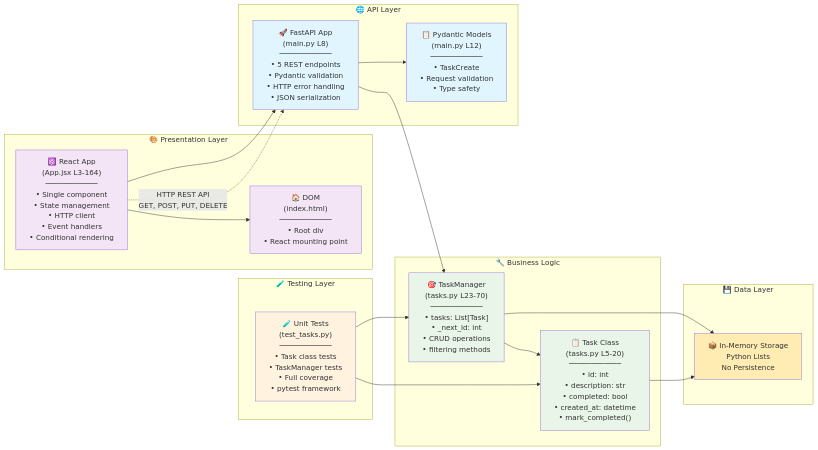
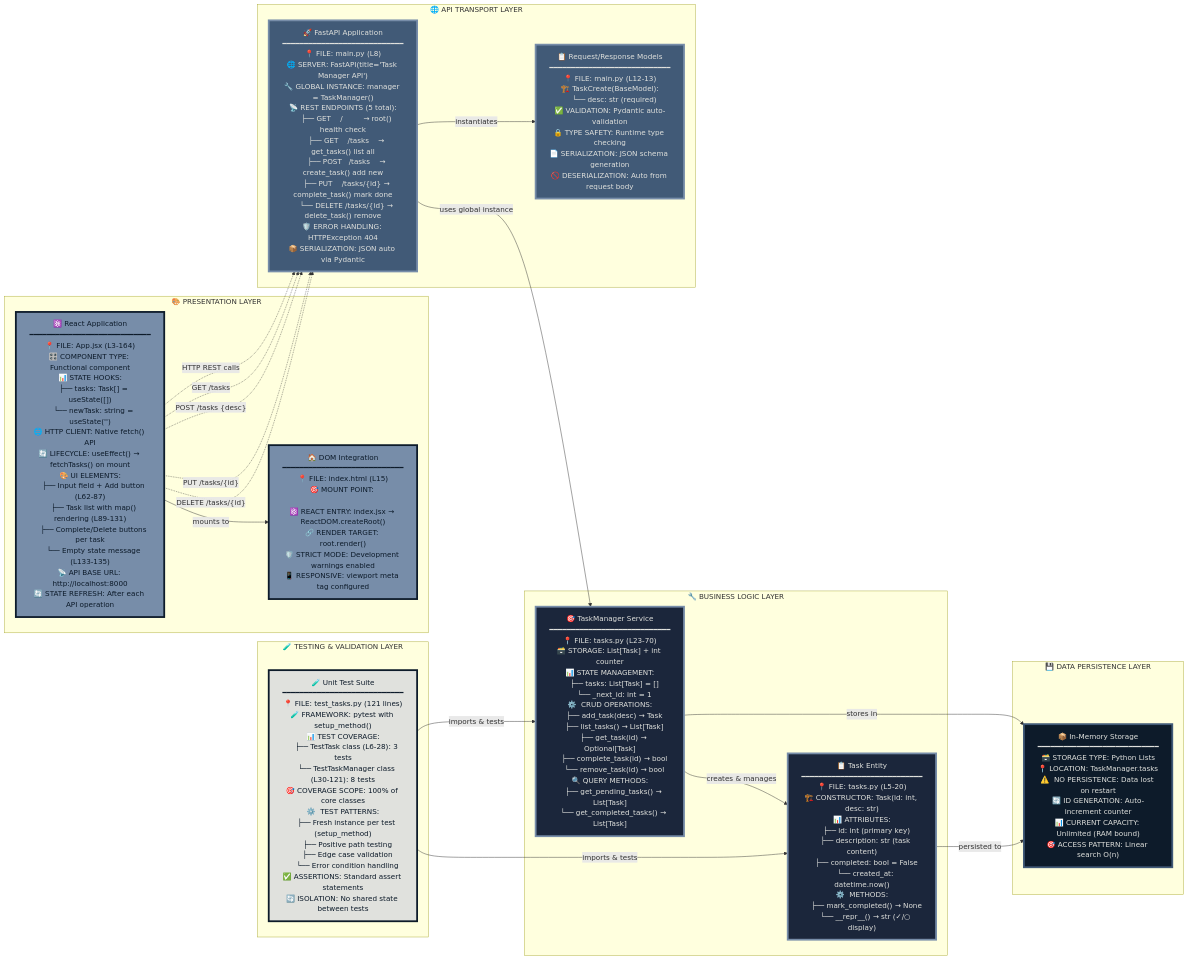
Before and after one commit to GaelReinaudi/cursor_class: the third of 4 diagrams in architecture.md, drawn with Mermaid. The commit also changed other lines of this file, not shown here.

````diff
--- a/architecture.md
+++ b/architecture.md
@@ -131,54 +133,58 @@
 ```mermaid
 graph LR
-    subgraph "💾 Data Layer"
-        MEMORY["📦 In-Memory Storage<br/>Python Lists<br/>No Persistence"]
+    subgraph DATA["💾 DATA PERSISTENCE LAYER"]
+        MEMORY["📦 In-Memory Storage<br/>━━━━━━━━━━━━━━━━━━━━━━━━━━━━<br/>🗃️ STORAGE TYPE: Python Lists<br/>📍 LOCATION: TaskManager.tasks<br/>⚠️  NO PERSISTENCE: Data lost on restart<br/>🔄 ID GENERATION: Auto-increment counter<br/>📊 CURRENT CAPACITY: Unlimited (RAM bound)<br/>🎯 ACCESS PATTERN: Linear search O(n)"]
     end
     
-    subgraph "🔧 Business Logic"
-        TASK_CLS["📋 Task Class<br/>(tasks.py L5-20)<br/>────────────<br/>• id: int<br/>• description: str<br/>• completed: bool<br/>• created_at: datetime<br/>• mark_completed()"]
+    subgraph BUSINESS["🔧 BUSINESS LOGIC LAYER"]
+        TASK_CLS["📋 Task Entity<br/>━━━━━━━━━━━━━━━━━━━━━━━━━━━━<br/>📍 FILE: tasks.py (L5-20)<br/>🏗️ CONSTRUCTOR: Task(id: int, desc: str)<br/>📊 ATTRIBUTES:<br/>    ├── id: int (primary key)<br/>    ├── description: str (task content)<br/>    ├── completed: bool = False<br/>    └── created_at: datetime.now()<br/>⚙️  METHODS:<br/>    ├── mark_completed() → None<br/>    └── __repr__() → str (✓/○ display)"]
         
-        TASK_MGR["🎯 TaskManager<br/>(tasks.py L23-70)<br/>────────────<br/>• tasks: List[Task]<br/>• _next_id: int<br/>• CRUD operations<br/>• filtering methods"]
+        TASK_MGR["🎯 TaskManager Service<br/>━━━━━━━━━━━━━━━━━━━━━━━━━━━━<br/>📍 FILE: tasks.py (L23-70)<br/>🗃️ STORAGE: List[Task] + int counter<br/>📊 STATE MANAGEMENT:<br/>    ├── tasks: List[Task] = []<br/>    └── _next_id: int = 1<br/>⚙️  CRUD OPERATIONS:<br/>    ├── add_task(desc) → Task<br/>    ├── list_tasks() → List[Task]<br/>    ├── get_task(id) → Optional[Task]<br/>    ├── complete_task(id) → bool<br/>    └── remove_task(id) → bool<br/>🔍 QUERY METHODS:<br/>    ├── get_pending_tasks() → List[Task]<br/>    └── get_completed_tasks() → List[Task]"]
     end
     
-    subgraph "🌐 API Layer"
-        FASTAPI["🚀 FastAPI App<br/>(main.py L8)<br/>────────────<br/>• 5 REST endpoints<br/>• Pydantic validation<br/>• HTTP error handling<br/>• JSON serialization"]
+    subgraph API["🌐 API TRANSPORT LAYER"]
+        FASTAPI["🚀 FastAPI Application<br/>━━━━━━━━━━━━━━━━━━━━━━━━━━━━<br/>📍 FILE: main.py (L8)<br/>🌐 SERVER: FastAPI(title='Task Manager API')<br/>🔧 GLOBAL INSTANCE: manager = TaskManager()<br/>📡 REST ENDPOINTS (5 total):<br/>    ├── GET    /         → root() health check<br/>    ├── GET    /tasks    → get_tasks() list all<br/>    ├── POST   /tasks    → create_task() add new<br/>    ├── PUT    /tasks/{id} → complete_task() mark done<br/>    └── DELETE /tasks/{id} → delete_task() remove<br/>🛡️ ERROR HANDLING: HTTPException 404<br/>📦 SERIALIZATION: JSON auto via Pydantic"]
         
-        MODELS["📋 Pydantic Models<br/>(main.py L12)<br/>────────────<br/>• TaskCreate<br/>• Request validation<br/>• Type safety"]
+        MODELS["📋 Request/Response Models<br/>━━━━━━━━━━━━━━━━━━━━━━━━━━━━<br/>📍 FILE: main.py (L12-13)<br/>🏗️ TaskCreate(BaseModel):<br/>    └── desc: str (required)<br/>✅ VALIDATION: Pydantic auto-validation<br/>🔒 TYPE SAFETY: Runtime type checking<br/>📄 SERIALIZATION: JSON schema generation<br/>🚫 DESERIALIZATION: Auto from request body"]
     end
     
-    subgraph "🎨 Presentation Layer"
-        REACT_APP["⚛️ React App<br/>(App.jsx L3-164)<br/>────────────<br/>• Single component<br/>• State management<br/>• HTTP client<br/>• Event handlers<br/>• Conditional rendering"]
+    subgraph PRESENTATION["🎨 PRESENTATION LAYER"]
+        REACT_APP["⚛️ React Application<br/>━━━━━━━━━━━━━━━━━━━━━━━━━━━━<br/>📍 FILE: App.jsx (L3-164)<br/>🎛️ COMPONENT TYPE: Functional component<br/>📊 STATE HOOKS:<br/>    ├── tasks: Task[] = useState([])<br/>    └── newTask: string = useState('')<br/>🌐 HTTP CLIENT: Native fetch() API<br/>🔄 LIFECYCLE: useEffect() → fetchTasks() on mount<br/>🎨 UI ELEMENTS:<br/>    ├── Input field + Add button (L62-87)<br/>    ├── Task list with map() rendering (L89-131)<br/>    ├── Complete/Delete buttons per task<br/>    └── Empty state message (L133-135)<br/>📡 API BASE URL: http://localhost:8000<br/>🔄 STATE REFRESH: After each API operation"]
         
-        DOM["🏠 DOM<br/>(index.html)<br/>────────────<br/>• Root div<br/>• React mounting point"]
+        DOM["🏠 DOM Integration<br/>━━━━━━━━━━━━━━━━━━━━━━━━━━━━<br/>📍 FILE: index.html (L15)<br/>🎯 MOUNT POINT: <div id='root'></div><br/>⚛️ REACT ENTRY: index.jsx → ReactDOM.createRoot()<br/>🔗 RENDER TARGET: root.render(<App />)<br/>🛡️ STRICT MODE: Development warnings enabled<br/>📱 RESPONSIVE: viewport meta tag configured"]
     end
     
-    subgraph "🧪 Testing Layer"
-        UNIT_TESTS["🧪 Unit Tests<br/>(test_tasks.py)<br/>────────────<br/>• Task class tests<br/>• TaskManager tests<br/>• Full coverage<br/>• pytest framework"]
+    subgraph TESTING["🧪 TESTING & VALIDATION LAYER"]
+        UNIT_TESTS["🧪 Unit Test Suite<br/>━━━━━━━━━━━━━━━━━━━━━━━━━━━━<br/>📍 FILE: test_tasks.py (121 lines)<br/>🧪 FRAMEWORK: pytest with setup_method()<br/>📊 TEST COVERAGE:<br/>    ├── TestTask class (L6-28): 3 tests<br/>    └── TestTaskManager class (L30-121): 8 tests<br/>🎯 COVERAGE SCOPE: 100% of core classes<br/>⚙️  TEST PATTERNS:<br/>    ├── Fresh instance per test (setup_method)<br/>    ├── Positive path testing<br/>    ├── Edge case validation<br/>    └── Error condition handling<br/>✅ ASSERTIONS: Standard assert statements<br/>🔄 ISOLATION: No shared state between tests"]
     end
     
-    %% Dependencies
-    REACT_APP --> FASTAPI
-    FASTAPI --> MODELS
-    FASTAPI --> TASK_MGR
-    TASK_MGR --> TASK_CLS
-    TASK_MGR --> MEMORY
-    TASK_CLS --> MEMORY
-    REACT_APP --> DOM
-    UNIT_TESTS --> TASK_CLS
-    UNIT_TESTS --> TASK_MGR
+    %% Detailed Dependencies with labels
+    REACT_APP -.->|"HTTP REST calls"| FASTAPI
+    FASTAPI -->|"instantiates"| MODELS
+    FASTAPI -->|"uses global instance"| TASK_MGR
+    TASK_MGR -->|"creates & manages"| TASK_CLS
+    TASK_MGR -->|"stores in"| MEMORY
+    TASK_CLS -->|"persisted to"| MEMORY
+    REACT_APP -->|"mounts to"| DOM
+    UNIT_TESTS -->|"imports & tests"| TASK_CLS
+    UNIT_TESTS -->|"imports & tests"| TASK_MGR
     
-    %% HTTP Communication
-    REACT_APP -.->|"HTTP REST API<br/>GET, POST, PUT, DELETE"| FASTAPI
+    %% HTTP Communication Flow
+    REACT_APP -.->|"GET /tasks"| FASTAPI
+    REACT_APP -.->|"POST /tasks {desc}"| FASTAPI
+    REACT_APP -.->|"PUT /tasks/{id}"| FASTAPI
+    REACT_APP -.->|"DELETE /tasks/{id}"| FASTAPI
     
-    classDef data fill:#ffecb3
-    classDef business fill:#e8f5e8
-    classDef api fill:#e1f5fe
-    classDef presentation fill:#f3e5f5
-    classDef testing fill:#fff3e0
+    %% High contrast dark theme styling
+    classDef data fill:#0d1b2a,stroke:#415a77,stroke-width:4px,color:#e0e1dd
+    classDef business fill:#1b263b,stroke:#778da9,stroke-width:4px,color:#e0e1dd
+    classDef api fill:#415a77,stroke:#778da9,stroke-width:4px,color:#e0e1dd
+    classDef presentation fill:#778da9,stroke:#0d1b2a,stroke-width:4px,color:#0d1b2a
+    classDef testing fill:#e0e1dd,stroke:#0d1b2a,stroke-width:4px,color:#0d1b2a
     
     class MEMORY data
     class TASK_CLS,TASK_MGR business
     class FASTAPI,MODELS api
     class REACT_APP,DOM presentation
     class UNIT_TESTS testing
 ```
````
